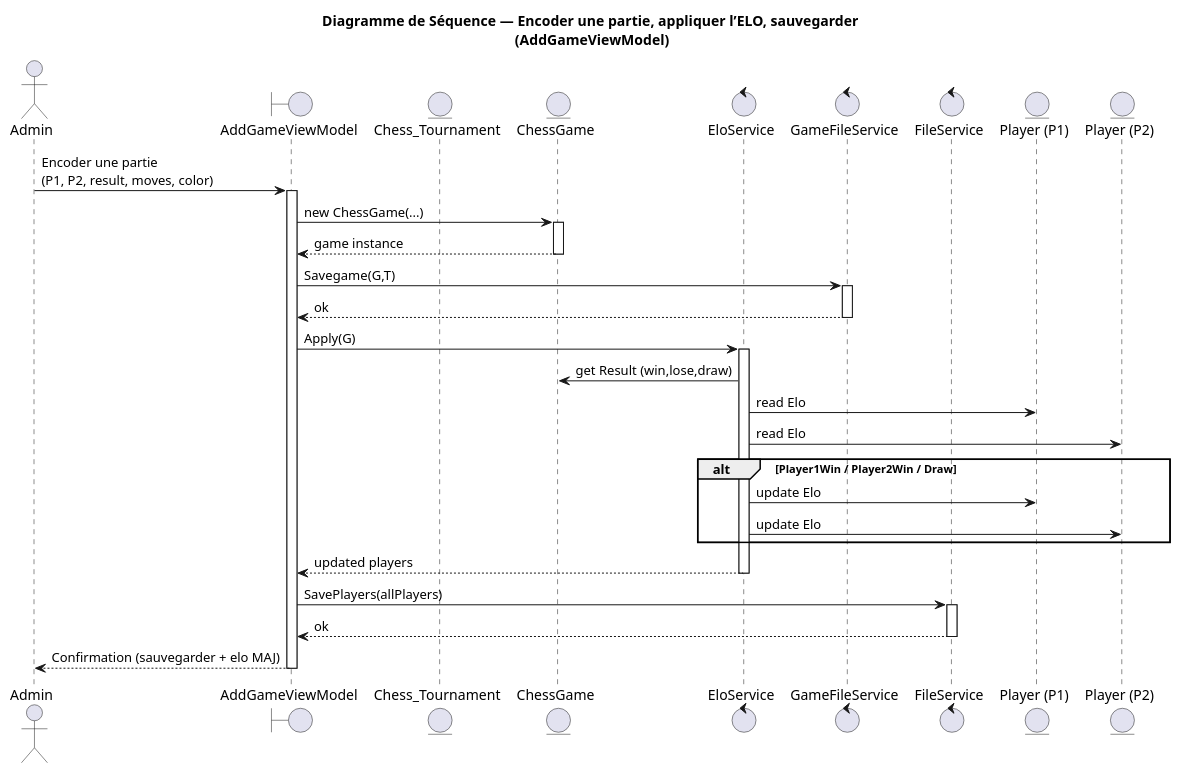
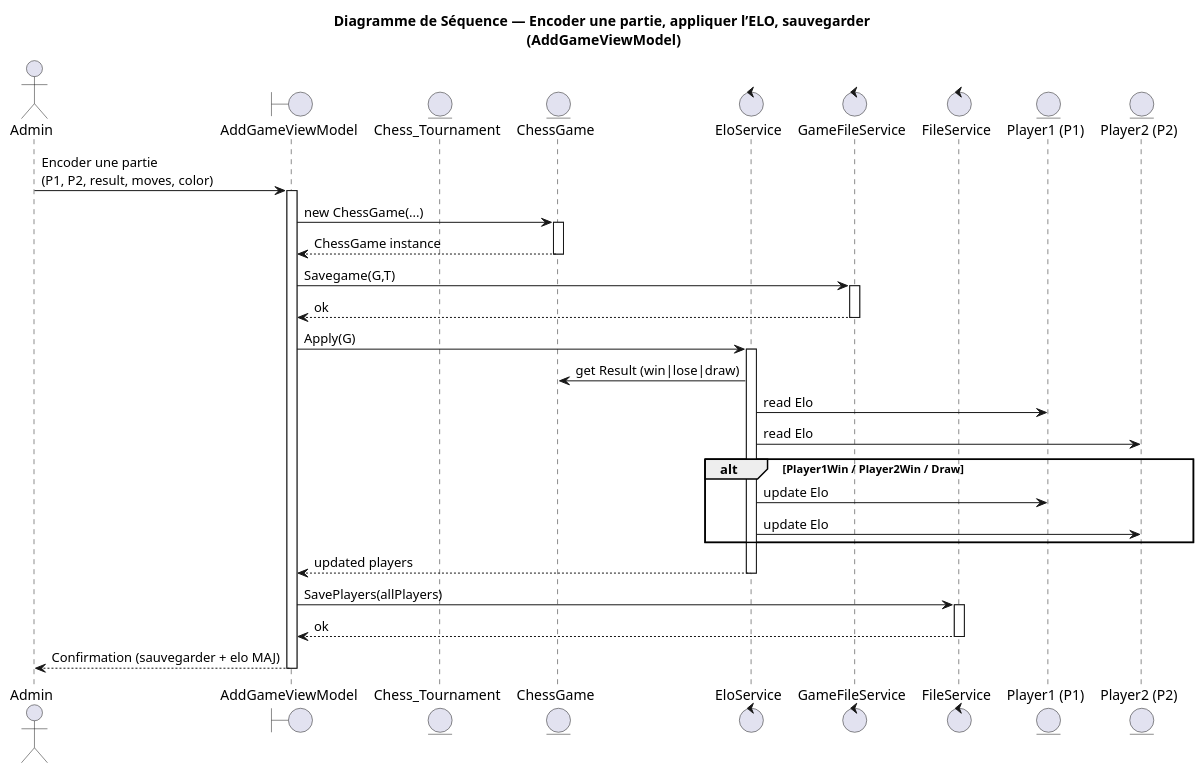
Before and after one commit to TariqKalai/PO3L--Chess-DB: the diagram in Sequence_Diagram.puml, drawn with PlantUML. The commit also changed 7 other files, not shown here.

Commit message:
Readme commit + diagrams touch up

```diff
--- a/Sequence_Diagram.puml
+++ b/Sequence_Diagram.puml
@@ -1,51 +1,51 @@
 @startuml Sequence_EncodeGame_ApplyElo
 
 title Diagramme de Séquence — Encoder une partie, appliquer l’ELO, sauvegarder \n(AddGameViewModel)
 
 actor Admin
 
 boundary "AddGameViewModel" as VM
 entity "Chess_Tournament" as T
 entity "ChessGame" as G
 control "EloService" as Elo
 control "GameFileService" as GFS
 control "FileService" as FS
-entity "Player (P1)" as P1
-entity "Player (P2)" as P2
+entity "Player1 (P1)" as P1
+entity "Player2 (P2)" as P2
 
 Admin -> VM : Encoder une partie\n(P1, P2, result, moves, color)
 activate VM
 
 VM -> G : new ChessGame(...)
 activate G
-G --> VM : game instance
+G --> VM : ChessGame instance
 deactivate G
 
 VM -> GFS : Savegame(G,T)
 activate GFS
 GFS --> VM : ok
 deactivate GFS
 
 VM -> Elo : Apply(G)
 activate Elo
-Elo -> G : get Result (win,lose,draw)
+Elo -> G : get Result (win|lose|draw)
 Elo -> P1 : read Elo
 Elo -> P2 : read Elo
 
 alt Player1Win / Player2Win / Draw
   Elo -> P1 : update Elo
   Elo -> P2 : update Elo
 end
 Elo --> VM : updated players
 deactivate Elo
 
 VM -> FS : SavePlayers(allPlayers)
 activate FS
 FS --> VM : ok
 deactivate FS
 
 
 VM --> Admin : Confirmation (sauvegarder + elo MAJ)
 deactivate VM
 
 @enduml
```
